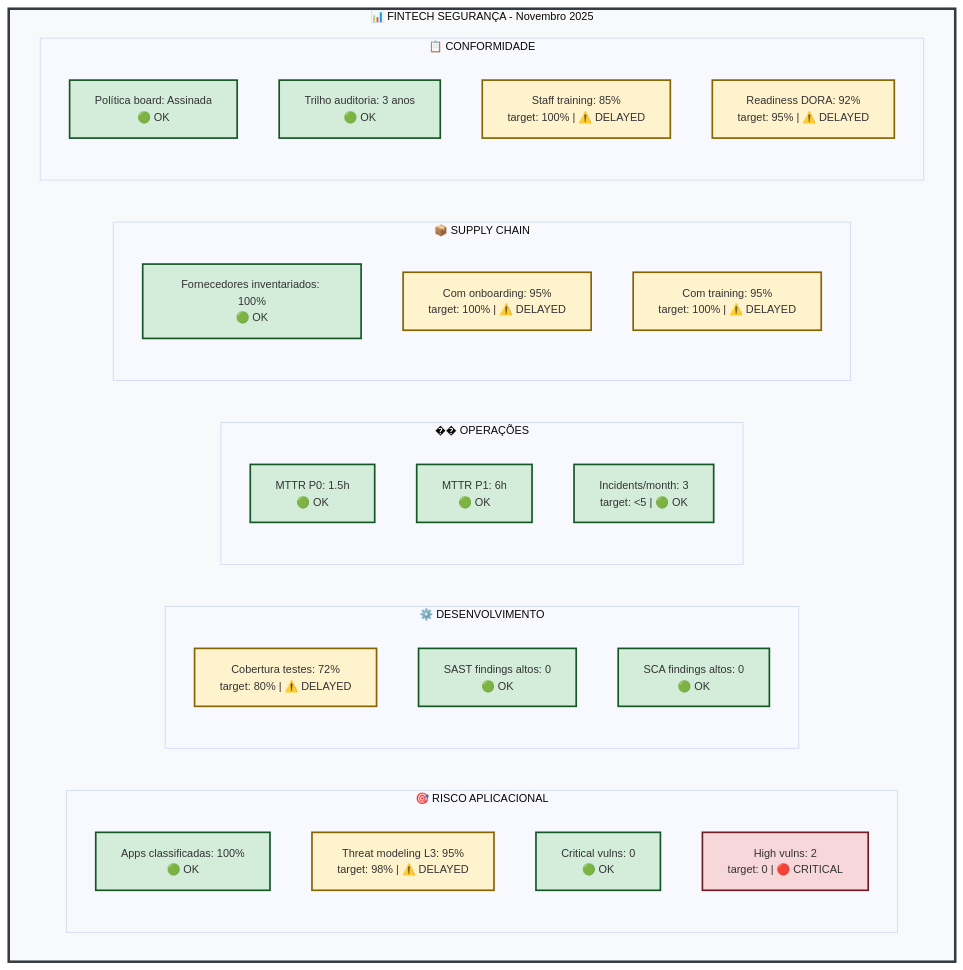
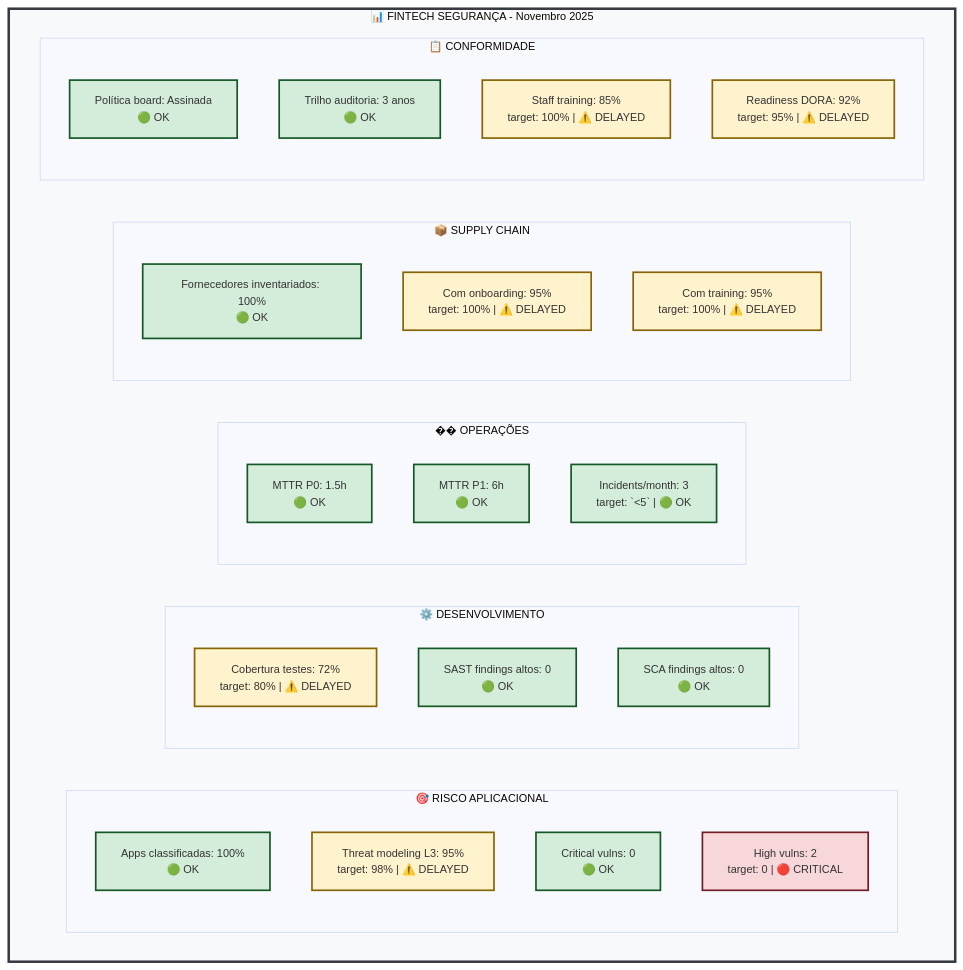
The first of 3 diagrams in manuals_src/docs/sbd-toe/002-cross-check-normativo/exemplo-playbook/02-exemplo-kpis-targets.md (Shiftleftpt/SbD-ToE-Manual), drawn with Mermaid before and after one commit. The commit also changed other lines of this file and 118 other files, not shown here.

````diff
--- a/manuals_src/docs/sbd-toe/002-cross-check-normativo/exemplo-playbook/02-exemplo-kpis-targets.md
+++ b/manuals_src/docs/sbd-toe/002-cross-check-normativo/exemplo-playbook/02-exemplo-kpis-targets.md
@@ -67,56 +67,56 @@
 ```mermaid
 %%{init: {'theme':'base', 'themeVariables': { 'fontSize':'13px'}}}%%
 graph TB
     subgraph FINTECH["📊 FINTECH SEGURANÇA - Novembro 2025"]
         subgraph RISCO["🎯 RISCO APLICACIONAL"]
             R1["Apps classificadas: 100%<br/>🟢 OK"]
             R2["Threat modeling L3: 95%<br/>target: 98% | ⚠️ DELAYED"]
             R3["Critical vulns: 0<br/>🟢 OK"]
             R4["High vulns: 2<br/>target: 0 | 🔴 CRITICAL"]
         end
         
         subgraph DEV["⚙️ DESENVOLVIMENTO"]
             D1["Cobertura testes: 72%<br/>target: 80% | ⚠️ DELAYED"]
             D2["SAST findings altos: 0<br/>🟢 OK"]
             D3["SCA findings altos: 0<br/>🟢 OK"]
         end
         
         subgraph OPS["�� OPERAÇÕES"]
             O1["MTTR P0: 1.5h<br/>🟢 OK"]
             O2["MTTR P1: 6h<br/>🟢 OK"]
-            O3["Incidents/month: 3<br/>target: <5 | 🟢 OK"]
+            O3["Incidents/month: 3<br/>target: `<5` | 🟢 OK"]
         end
         
         subgraph SUPPLY["📦 SUPPLY CHAIN"]
             S1["Fornecedores inventariados: 100%<br/>🟢 OK"]
             S2["Com onboarding: 95%<br/>target: 100% | ⚠️ DELAYED"]
             S3["Com training: 95%<br/>target: 100% | ⚠️ DELAYED"]
         end
         
         subgraph CONF["📋 CONFORMIDADE"]
             C1["Política board: Assinada<br/>🟢 OK"]
             C2["Trilho auditoria: 3 anos<br/>🟢 OK"]
             C3["Staff training: 85%<br/>target: 100% | ⚠️ DELAYED"]
             C4["Readiness DORA: 92%<br/>target: 95% | ⚠️ DELAYED"]
         end
     end
     
     style R1 fill:#d4edda,stroke:#155724,stroke-width:2px
     style R2 fill:#fff3cd,stroke:#856404,stroke-width:2px
     style R3 fill:#d4edda,stroke:#155724,stroke-width:2px
     style R4 fill:#f8d7da,stroke:#721c24,stroke-width:2px
     style D1 fill:#fff3cd,stroke:#856404,stroke-width:2px
     style D2 fill:#d4edda,stroke:#155724,stroke-width:2px
     style D3 fill:#d4edda,stroke:#155724,stroke-width:2px
     style O1 fill:#d4edda,stroke:#155724,stroke-width:2px
     style O2 fill:#d4edda,stroke:#155724,stroke-width:2px
     style O3 fill:#d4edda,stroke:#155724,stroke-width:2px
     style S1 fill:#d4edda,stroke:#155724,stroke-width:2px
     style S2 fill:#fff3cd,stroke:#856404,stroke-width:2px
     style S3 fill:#fff3cd,stroke:#856404,stroke-width:2px
     style C1 fill:#d4edda,stroke:#155724,stroke-width:2px
     style C2 fill:#d4edda,stroke:#155724,stroke-width:2px
     style C3 fill:#fff3cd,stroke:#856404,stroke-width:2px
     style C4 fill:#fff3cd,stroke:#856404,stroke-width:2px
     style FINTECH fill:#f8f9fa,stroke:#343a40,stroke-width:3px
 ```
````
